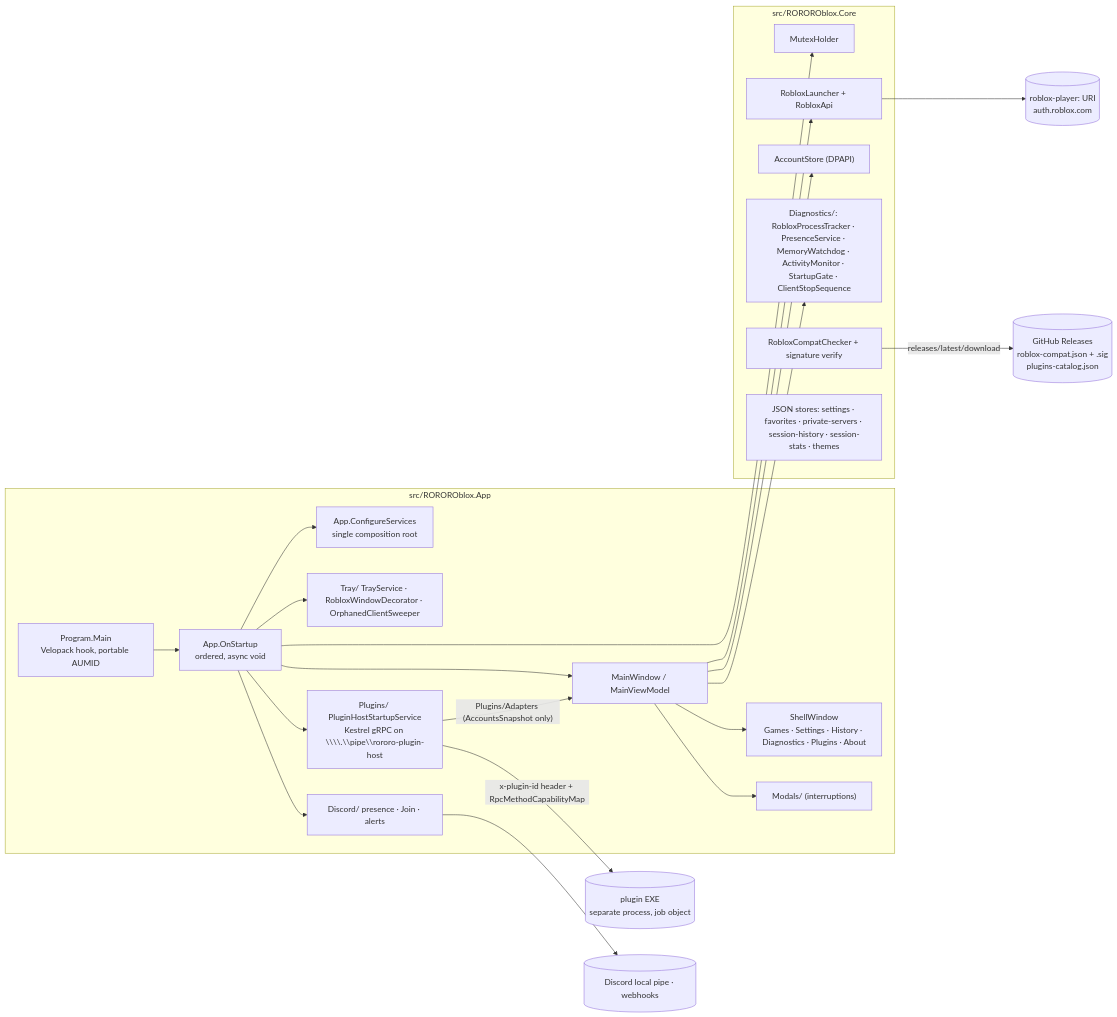
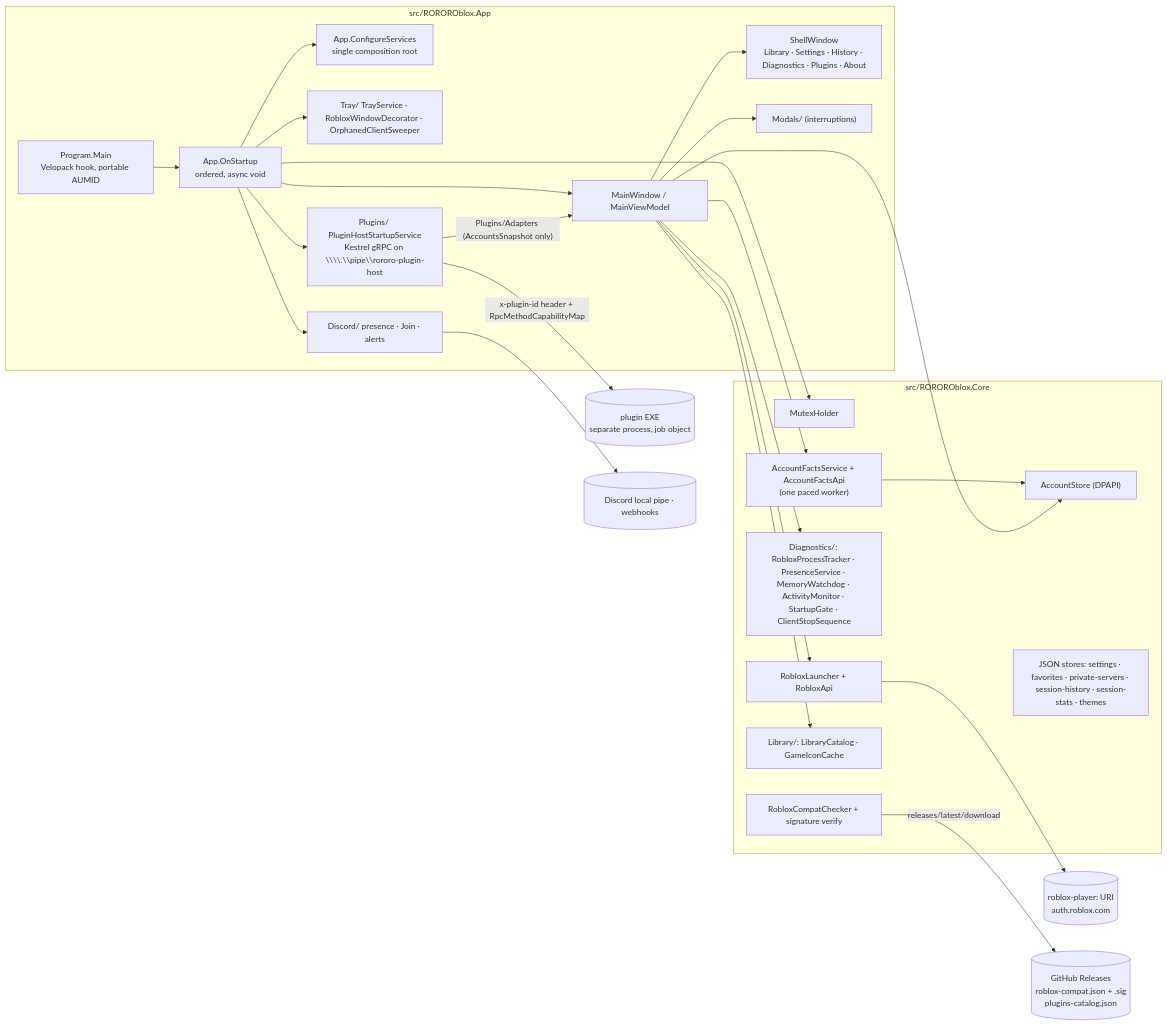
Before and after one commit to estevanhernandez-stack-ed/ROROROblox: the diagram in docs/architecture.md, drawn with Mermaid. The commit also changed other lines of this file and 5 other files, not shown here.

Commit message:
docs(release): v1.36 architecture, features, ledger and decisions

````diff
--- a/docs/architecture.md
+++ b/docs/architecture.md
@@ -18,29 +18,34 @@
 ```mermaid
 flowchart LR
   subgraph App["src/ROROROblox.App"]
     P["Program.Main<br/>Velopack hook, portable AUMID"] --> S["App.OnStartup<br/>ordered, async void"]
     S --> DI["App.ConfigureServices<br/>single composition root"]
     S --> MW["MainWindow / MainViewModel"]
-    MW --> Shell["ShellWindow<br/>Games · Settings · History · Diagnostics · Plugins · About"]
+    MW --> Shell["ShellWindow<br/>Library · Settings · History · Diagnostics · Plugins · About"]
     MW --> Modals["Modals/ (interruptions)"]
     S --> Tray["Tray/ TrayService · RobloxWindowDecorator · OrphanedClientSweeper"]
     S --> PH["Plugins/ PluginHostStartupService<br/>Kestrel gRPC on \\\\.\\pipe\\rororo-plugin-host"]
     S --> Disc["Discord/ presence · Join · alerts"]
   end
   subgraph Core["src/ROROROblox.Core"]
     MH["MutexHolder"]
     RL["RobloxLauncher + RobloxApi"]
     AS["AccountStore (DPAPI)"]
     Diag["Diagnostics/: RobloxProcessTracker · PresenceService · MemoryWatchdog · ActivityMonitor · StartupGate · ClientStopSequence"]
+    Facts["AccountFactsService + AccountFactsApi<br/>(one paced worker)"]
+    Lib["Library/: LibraryCatalog · GameIconCache"]
     CC["RobloxCompatChecker + signature verify"]
     Stores["JSON stores: settings · favorites · private-servers · session-history · session-stats · themes"]
   end
   PH -- "Plugins/Adapters (AccountsSnapshot only)" --> MW
   PH -- "x-plugin-id header + RpcMethodCapabilityMap" --> Plugin[("plugin EXE<br/>separate process, job object")]
   MW --> RL --> Roblox[("roblox-player: URI<br/>auth.roblox.com")]
   MW --> Diag
+  MW --> Facts
+  MW --> Lib
+  Facts --> AS
   MW --> AS
   S --> MH
   CC -- "releases/latest/download" --> GH[("GitHub Releases<br/>roblox-compat.json + .sig<br/>plugins-catalog.json")]
   Disc --> DiscordApp[("Discord local pipe · webhooks")]
 ```
````
